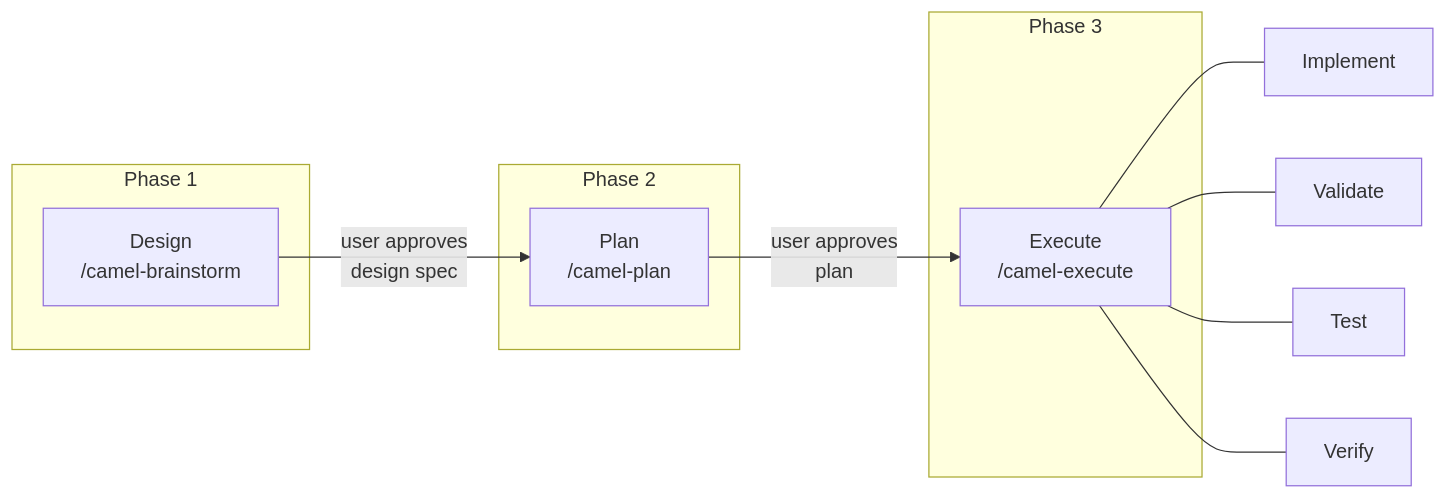
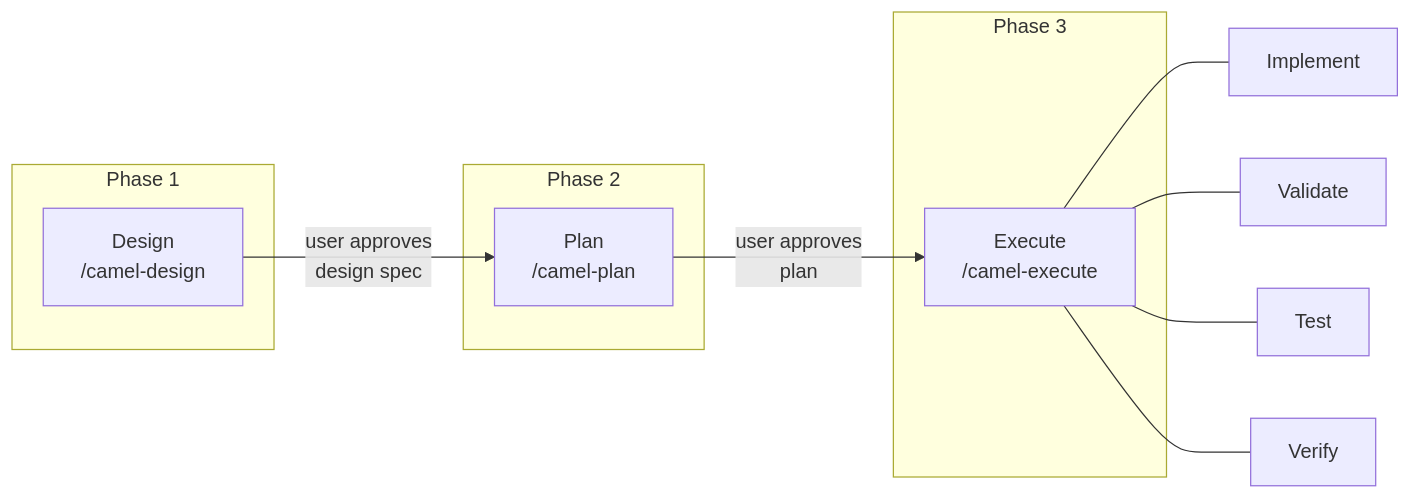
The third of 7 diagrams in docs/camel-kit-overview.md (luigidemasi/camel-kit), drawn with Mermaid before and after one commit. The commit also changed other lines of this file and 32 other files, not shown here.

````diff
--- a/docs/camel-kit-overview.md
+++ b/docs/camel-kit-overview.md
@@ -125,20 +125,20 @@
 ```mermaid
 flowchart LR
     subgraph "Phase 1"
-        B["Design\n/camel-brainstorm"]
+        B["Design\n/camel-design"]
     end
     subgraph "Phase 2"
         P["Plan\n/camel-plan"]
     end
     subgraph "Phase 3"
         E["Execute\n/camel-execute"]
     end
 
     B -->|"user approves\ndesign spec"| P
     P -->|"user approves\nplan"| E
 
     E --- I["Implement"]
     E --- V["Validate"]
     E --- T["Test"]
     E --- R["Verify"]
 ```
````
